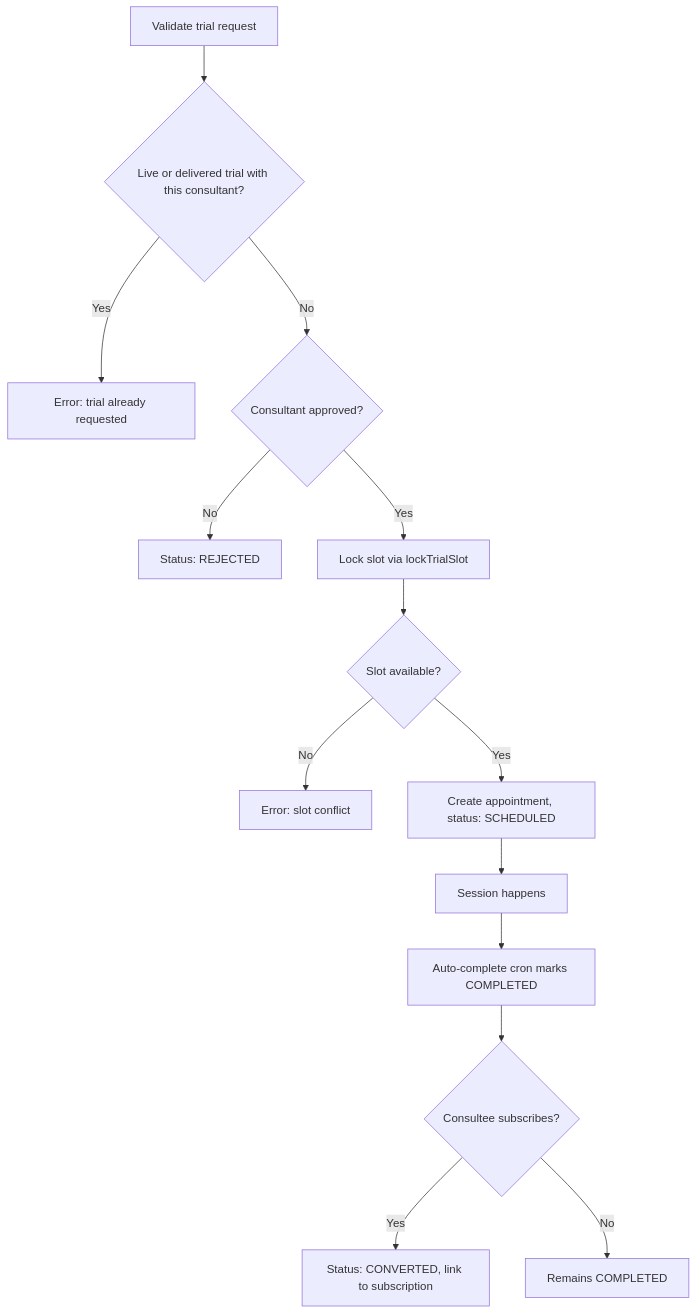
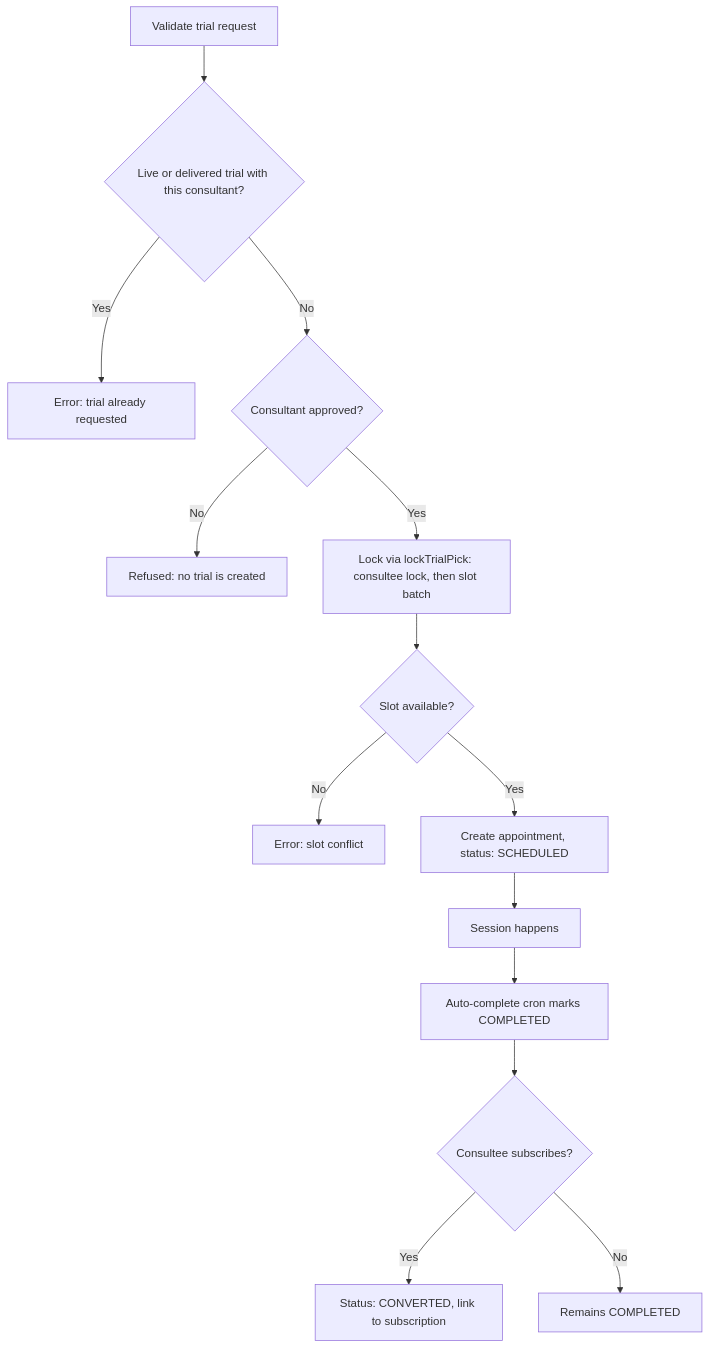
Before and after one commit to Practitionist/familiarise_web: the fourth of 5 diagrams in docs/booking/02-event-types-and-validation.md, drawn with Mermaid. The commit also changed other lines of this file, not shown here.

Commit message:
docs(trials): name the current trial lock and drop the removed REJECTED status from the flowchart

````diff
--- a/docs/booking/02-event-types-and-validation.md
+++ b/docs/booking/02-event-types-and-validation.md
@@ -224,16 +224,16 @@
 ```mermaid
 flowchart TD
     A[Validate trial request] --> B{Live or delivered trial with this consultant?}
     B -->|Yes| X1[Error: trial already requested]
     B -->|No| C{Consultant approved?}
-    C -->|No| X2[Status: REJECTED]
-    C -->|Yes| D[Lock slot via lockTrialSlot]
+    C -->|No| X2[Refused: no trial is created]
+    C -->|Yes| D[Lock via lockTrialPick: consultee lock, then slot batch]
     D --> E{Slot available?}
     E -->|No| X3[Error: slot conflict]
     E -->|Yes| F[Create appointment, status: SCHEDULED]
     F --> G[Session happens]
     G --> H[Auto-complete cron marks COMPLETED]
     H --> I{Consultee subscribes?}
     I -->|Yes| J[Status: CONVERTED, link to subscription]
     I -->|No| K[Remains COMPLETED]
 ```
````
